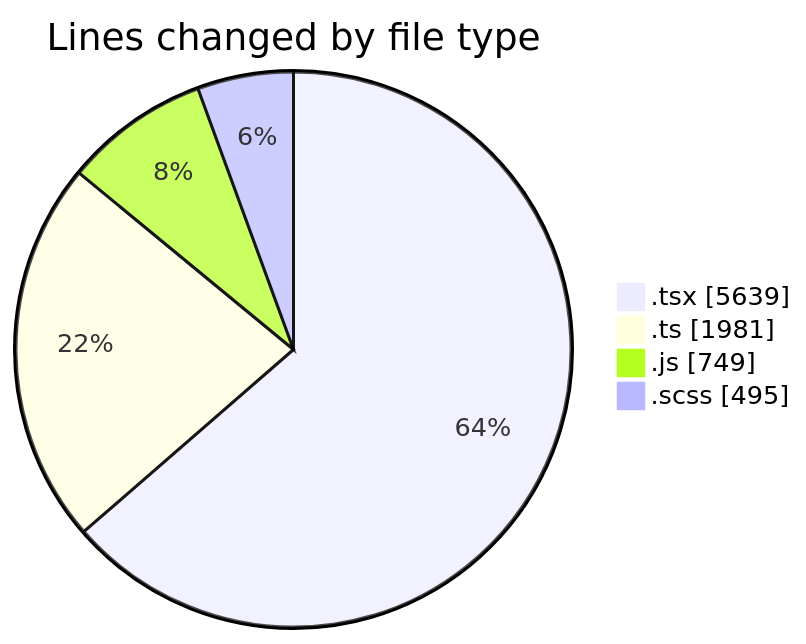
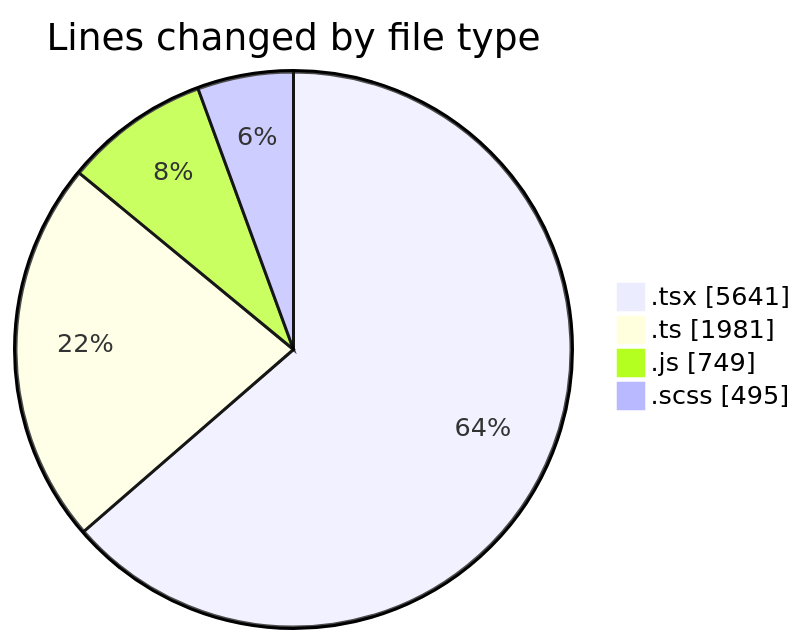
Before and after one commit to momahboobian/code-tracking: the first of 2 diagrams in 2026-06-10/cda/README.md, drawn with Mermaid. The commit also changed other lines of this file and 1 other file, not shown here.

````diff
--- a/2026-06-10/cda/README.md
+++ b/2026-06-10/cda/README.md
@@ -58,8 +58,8 @@
 ```mermaid
 pie showData
 title Lines changed by file type
-".tsx" : 5639
+".tsx" : 5641
 ".ts" : 1981
 ".js" : 749
 ".scss" : 495
 ```
````
